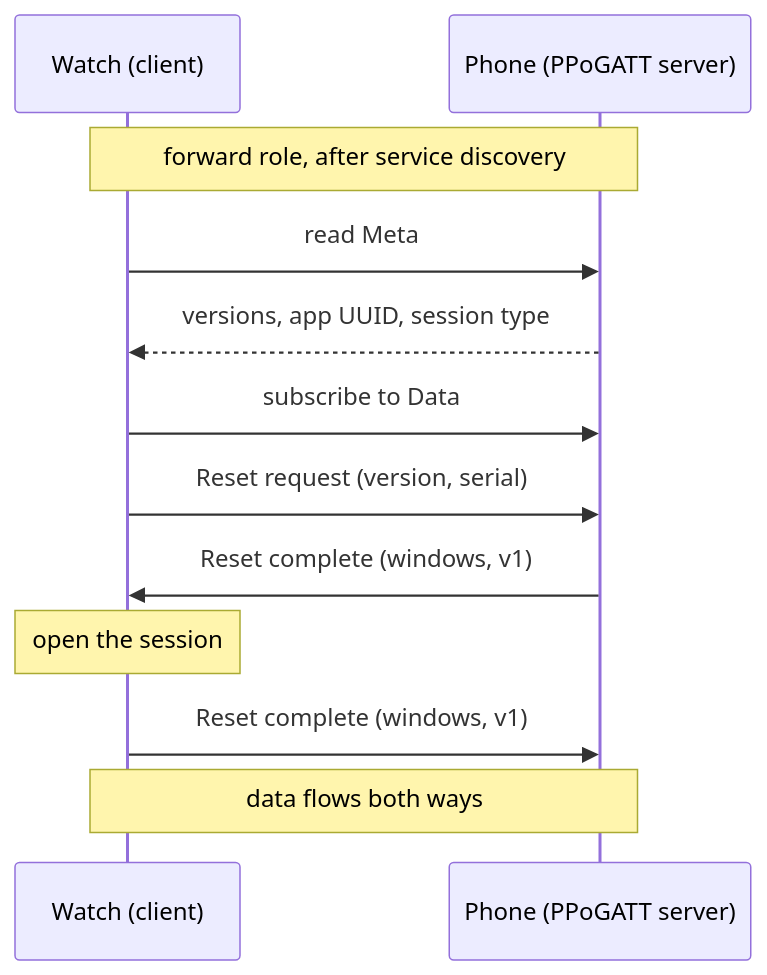
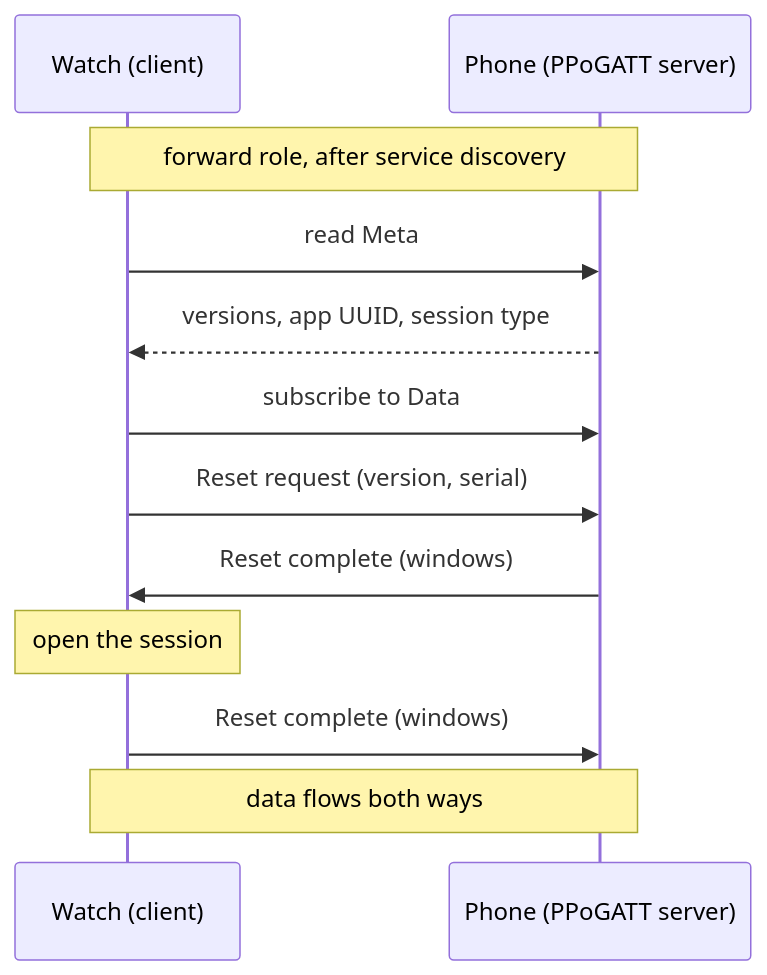
The second of 5 diagrams in docs/subsystems/pp/transports.md (coredevices/PebbleOS), drawn with Mermaid before and after one commit. The commit also changed other lines of this file and 6 other files, not shown here.

````diff
--- a/docs/subsystems/pp/transports.md
+++ b/docs/subsystems/pp/transports.md
@@ -148,14 +147,14 @@
 ```{mermaid}
 sequenceDiagram
   participant W as Watch (client)
   participant P as Phone (PPoGATT server)
   Note over W,P: forward role, after service discovery
   W->>P: read Meta
   P-->>W: versions, app UUID, session type
   W->>P: subscribe to Data
   W->>P: Reset request (version, serial)
-  P->>W: Reset complete (windows, v1)
+  P->>W: Reset complete (windows)
   Note over W: open the session
-  W->>P: Reset complete (windows, v1)
+  W->>P: Reset complete (windows)
   Note over W,P: data flows both ways
 ```
````
